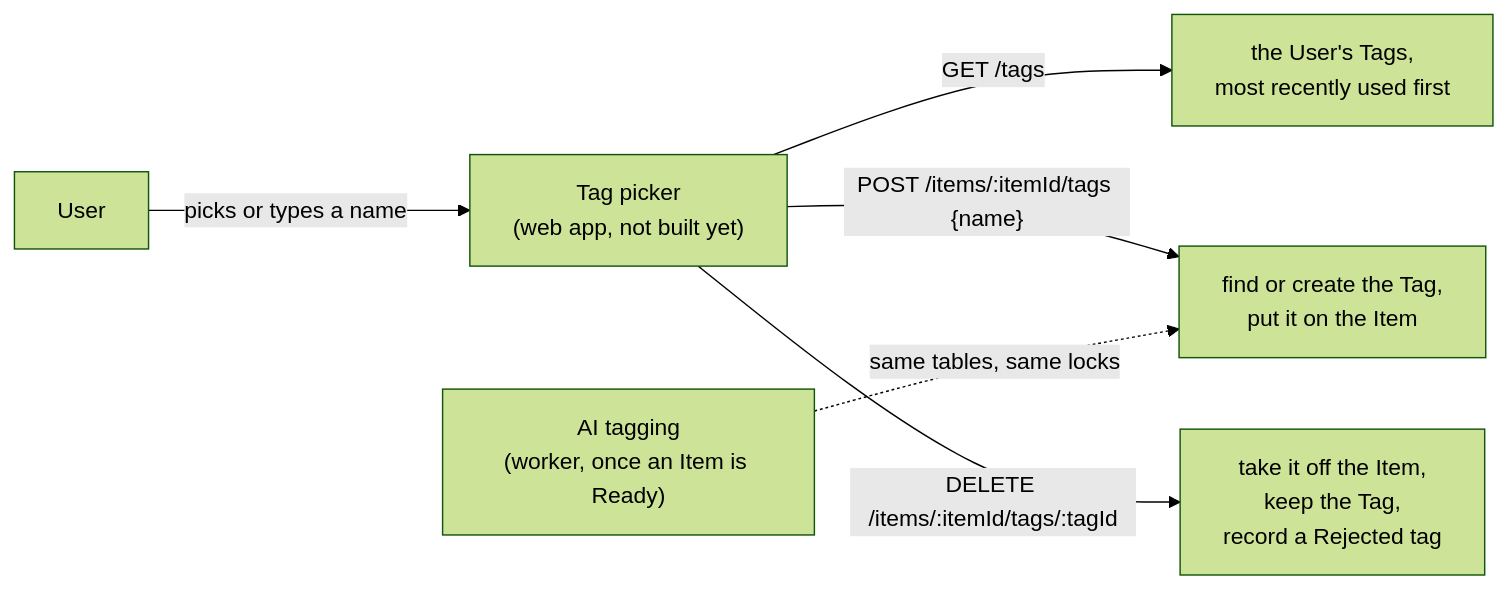
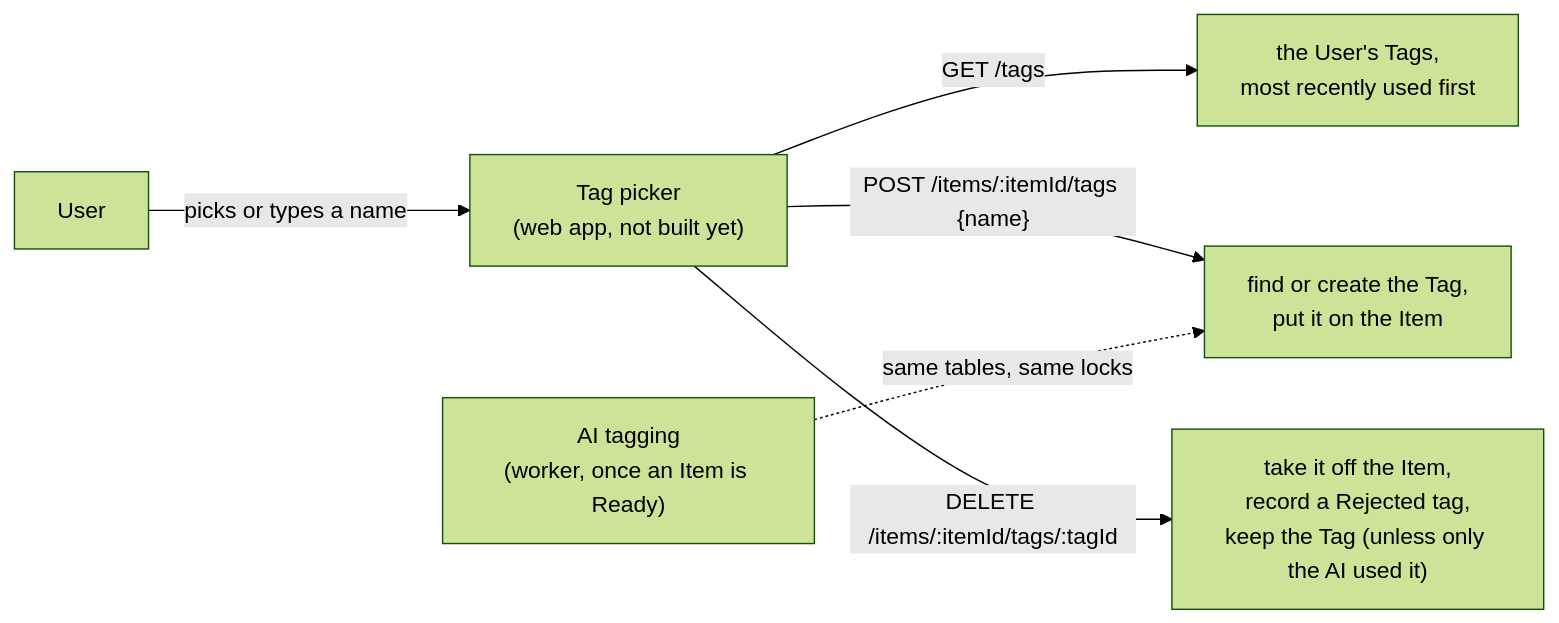
The diagram in docs/tags.md (souravdotdev/Resonory), drawn with Mermaid (forest theme) before and after one commit. The commit also changed other lines of this file and 5 other files, not shown here.

Commit message:
docs: describe deleting Tags only the AI used as built (#179)

````diff
--- a/docs/tags.md
+++ b/docs/tags.md
@@ -9,8 +9,8 @@
 ```mermaid
 flowchart LR
     U["User"] -- "picks or types a name" --> P["Tag picker<br/>(web app, not built yet)"]
     P -- "GET /tags" --> L["the User's Tags,<br/>most recently used first"]
     P -- "POST /items/:itemId/tags {name}" --> T["find or create the Tag,<br/>put it on the Item"]
-    P -- "DELETE /items/:itemId/tags/:tagId" --> R["take it off the Item,<br/>keep the Tag,<br/>record a Rejected tag"]
+    P -- "DELETE /items/:itemId/tags/:tagId" --> R["take it off the Item,<br/>record a Rejected tag,<br/>keep the Tag (unless only the AI used it)"]
     AI["AI tagging<br/>(worker, once an Item is Ready)"] -. "same tables, same locks" .-> T
 ```
````
